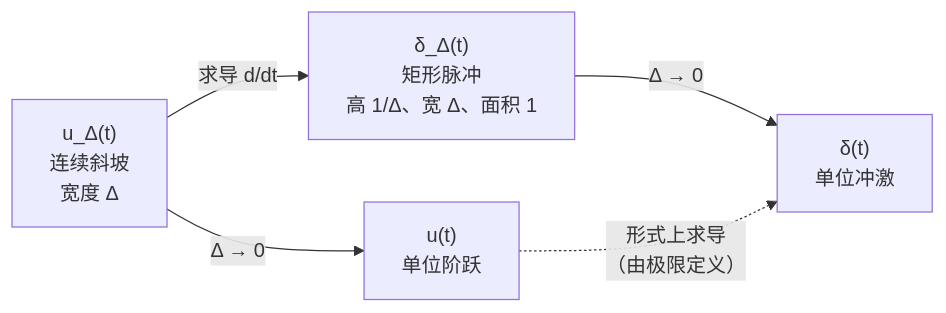
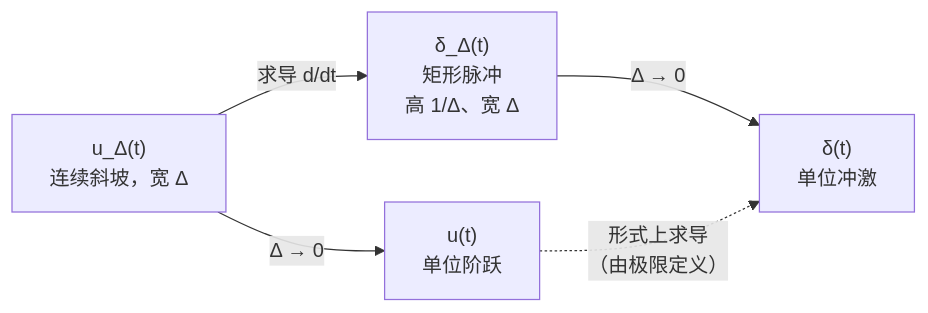
The third of 3 diagrams in 信号与系统/C1.4 单位冲激与单位阶跃函数.md (KayeAdams515/ClaudeNotes), drawn with Mermaid before and after one commit. The commit also changed other lines of this file and 23 other files, not shown here.

````diff
--- a/信号与系统/C1.4 单位冲激与单位阶跃函数.md
+++ b/信号与系统/C1.4 单位冲激与单位阶跃函数.md
@@ -336,7 +392,7 @@
 ```mermaid
 flowchart LR
-    A["u_Δ(t)<br/>连续斜坡<br/>宽度 Δ"] -- "求导 d/dt" --> B["δ_Δ(t)<br/>矩形脉冲<br/>高 1/Δ、宽 Δ、面积 1"]
+    A["u_Δ(t)<br/>连续斜坡，宽 Δ"] -- "求导 d/dt" --> B["δ_Δ(t)<br/>矩形脉冲<br/>高 1/Δ、宽 Δ"]
     A -- "Δ → 0" --> C["u(t)<br/>单位阶跃"]
     B -- "Δ → 0" --> D["δ(t)<br/>单位冲激"]
     C -. "形式上求导<br/>（由极限定义）" .-> D
 ```
````
